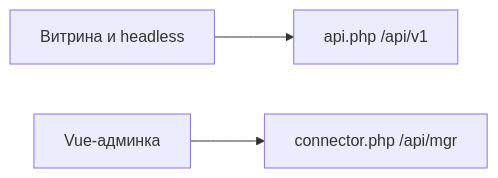
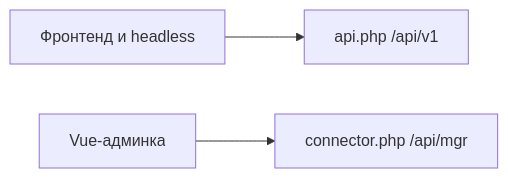
The diagram in docs/components/minishop3/development/api.md (modx-pro/Docs), drawn with Mermaid before and after one commit. The commit also changed 9 other files, not shown here.

````diff
--- a/docs/components/minishop3/development/api.md
+++ b/docs/components/minishop3/development/api.md
@@ -22,5 +22,5 @@
 ```mermaid
 flowchart LR
-  store[Витрина и headless] --> web["api.php /api/v1"]
+  store[Фронтенд и headless] --> web["api.php /api/v1"]
   mgr[Vue-админка] --> man["connector.php /api/mgr"]
 ```
````
